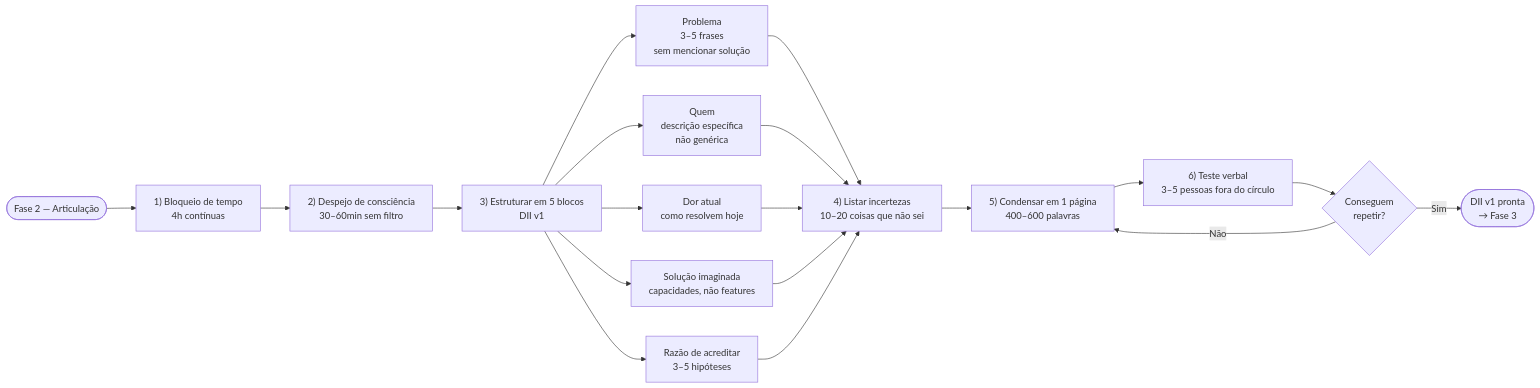
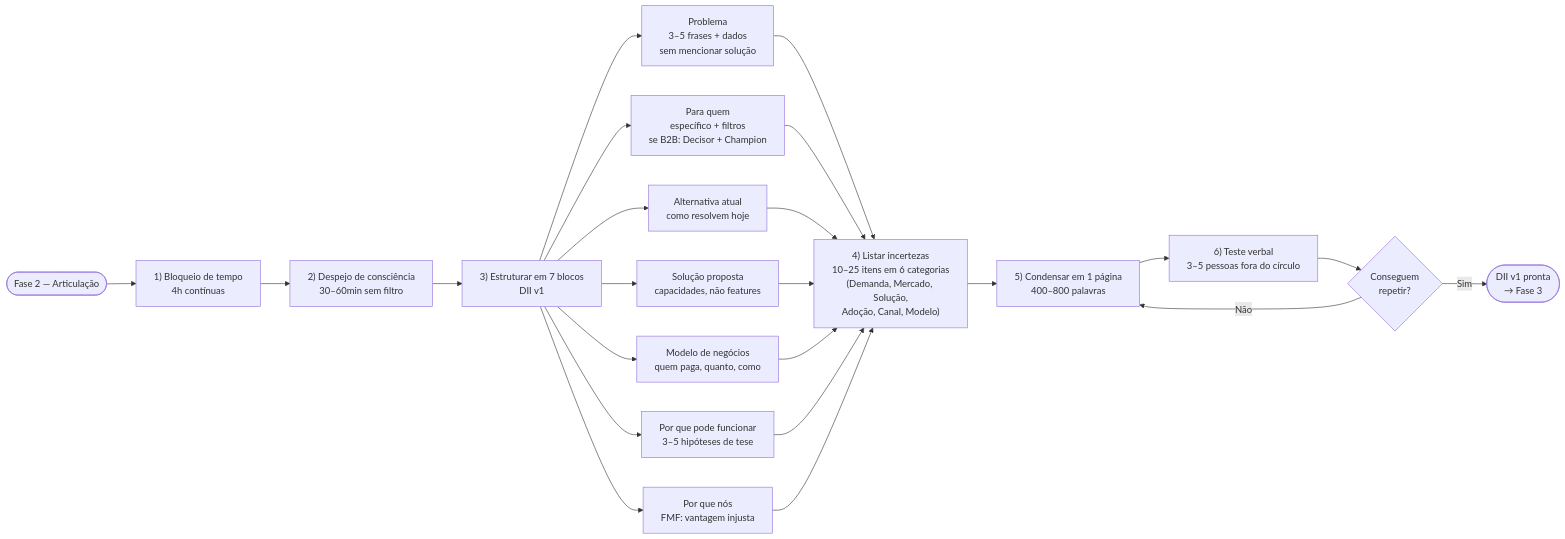
The diagram in fases/fase-02.md (jottaprado/ignicao), drawn with Mermaid before and after one commit. The commit also changed other lines of this file and 2 other files, not shown here.

First line of the commit message:
feat: Fase 2 e Template A.1 — DII evolui de 5 para 7 blocos com sub-estrutura B2B e incertezas categorizadas

````diff
--- a/fases/fase-02.md
+++ b/fases/fase-02.md
@@ -53,19 +54,21 @@
 ```mermaid
 flowchart LR
     A([Fase 2 — Articulação]) --> B["1) Bloqueio de tempo<br/>4h contínuas"]
     B --> C["2) Despejo de consciência<br/>30–60min sem filtro"]
-    C --> D["3) Estruturar em 5 blocos<br/>DII v1"]
+    C --> D["3) Estruturar em 7 blocos<br/>DII v1"]
 
-    D --> B1["Problema<br/>3–5 frases<br/>sem mencionar solução"]
-    D --> B2["Quem<br/>descrição específica<br/>não genérica"]
-    D --> B3["Dor atual<br/>como resolvem hoje"]
-    D --> B4["Solução imaginada<br/>capacidades, não features"]
-    D --> B5["Razão de acreditar<br/>3–5 hipóteses"]
+    D --> B1["Problema<br/>3–5 frases + dados<br/>sem mencionar solução"]
+    D --> B2["Para quem<br/>específico + filtros<br/>se B2B: Decisor + Champion"]
+    D --> B3["Alternativa atual<br/>como resolvem hoje"]
+    D --> B4["Solução proposta<br/>capacidades, não features"]
+    D --> B5["Modelo de negócios<br/>quem paga, quanto, como"]
+    D --> B6["Por que pode funcionar<br/>3–5 hipóteses de tese"]
+    D --> B7["Por que nós<br/>FMF: vantagem injusta"]
 
-    B1 & B2 & B3 & B4 & B5 --> E["4) Listar incertezas<br/>10–20 coisas que não sei"]
-    E --> F["5) Condensar em 1 página<br/>400–600 palavras"]
+    B1 & B2 & B3 & B4 & B5 & B6 & B7 --> E["4) Listar incertezas<br/>10–25 itens em 6 categorias<br/>(Demanda, Mercado, Solução,<br/>Adoção, Canal, Modelo)"]
+    E --> F["5) Condensar em 1 página<br/>400–800 palavras"]
     F --> G["6) Teste verbal<br/>3–5 pessoas fora do círculo"]
     G --> H{"Conseguem<br/>repetir?"}
     H -->|Não| F
     H -->|Sim| I(["DII v1 pronta<br/>→ Fase 3"])
 ```
````
